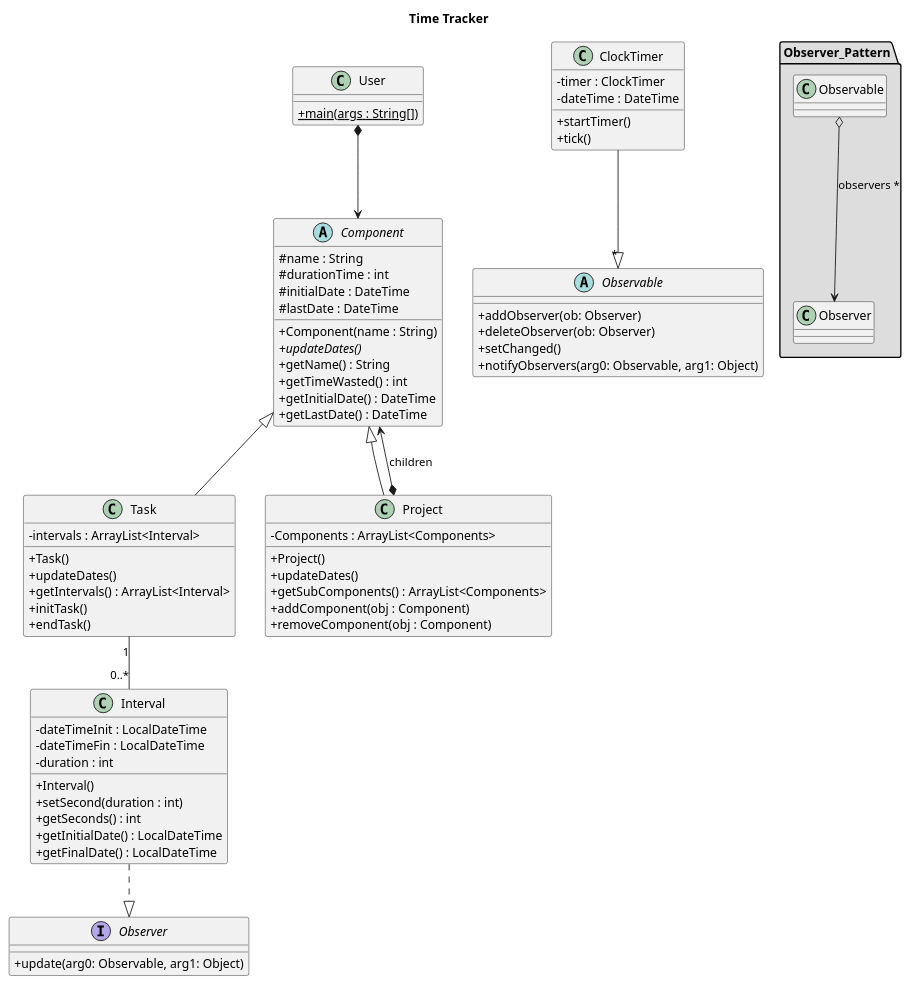
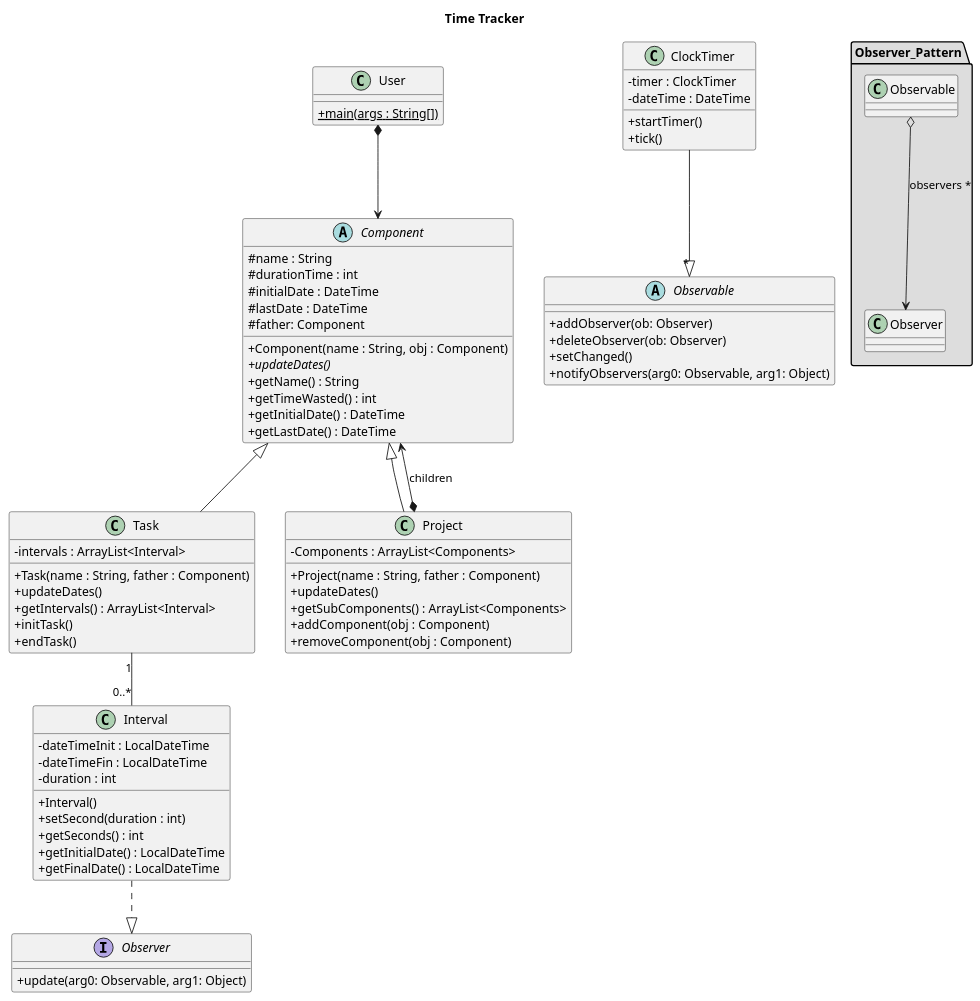
Before and after one commit to joaquimcodina/TimeTracker: the diagram in diagram/classDiagramV2.puml, drawn with PlantUML.

```diff
--- a/diagram/classDiagramV2.puml
+++ b/diagram/classDiagramV2.puml
@@ -1,82 +1,83 @@
 @startuml
 skinparam classAttributeIconSize 0
 
 title "Time Tracker"
 
 class User {
 +{static} main(args : String[])
 }
 
 class Task extends Component{
 - intervals : ArrayList<Interval>
-+ Task()
++ Task(name : String, father : Component)
 + updateDates()
 + getIntervals() : ArrayList<Interval>
 + initTask()
 + endTask()
 }
 
 class Project extends Component {
 - Components : ArrayList<Components>
-+ Project()
++ Project(name : String, father : Component)
 + updateDates()
 + getSubComponents() : ArrayList<Components>
 + addComponent(obj : Component)
 + removeComponent(obj : Component)
 }
 
 package "Observer_Pattern" #DDDDDD{
     Observable o--> Observer : observers *
 }
 
 abstract class Observable{
 + addObserver(ob: Observer)
 + deleteObserver(ob: Observer)
 +setChanged()
 +notifyObservers(arg0: Observable, arg1: Object)
 }
 
 interface Observer{
 +update(arg0: Observable, arg1: Object)
 }
 
 class ClockTimer{
 - timer : ClockTimer
 - dateTime : DateTime
 + startTimer()
 + tick()
 }
 
 abstract class Component{
 # name : String
 # durationTime : int
 # initialDate : DateTime
 # lastDate : DateTime
-+ Component(name : String)
+# father: Component
++ Component(name : String, obj : Component)
 + {abstract} updateDates()
 + getName() : String
 + getTimeWasted() : int
 + getInitialDate() : DateTime
 + getLastDate() : DateTime
 }
 
 class Interval {
 - dateTimeInit : LocalDateTime
 - dateTimeFin : LocalDateTime
 - duration : int
 + Interval()
 + setSecond(duration : int)
 + getSeconds() : int
 + getInitialDate() : LocalDateTime
 + getFinalDate() : LocalDateTime
 }
 
 
 User *--> Component
 'Project "1"-left-"0..*" Project
 Component <--* Project : "children"
 Task "1"--"0..*" Interval
 ClockTimer --|> "*" Observable
 Interval ..|> Observer
 
 @enduml
```
